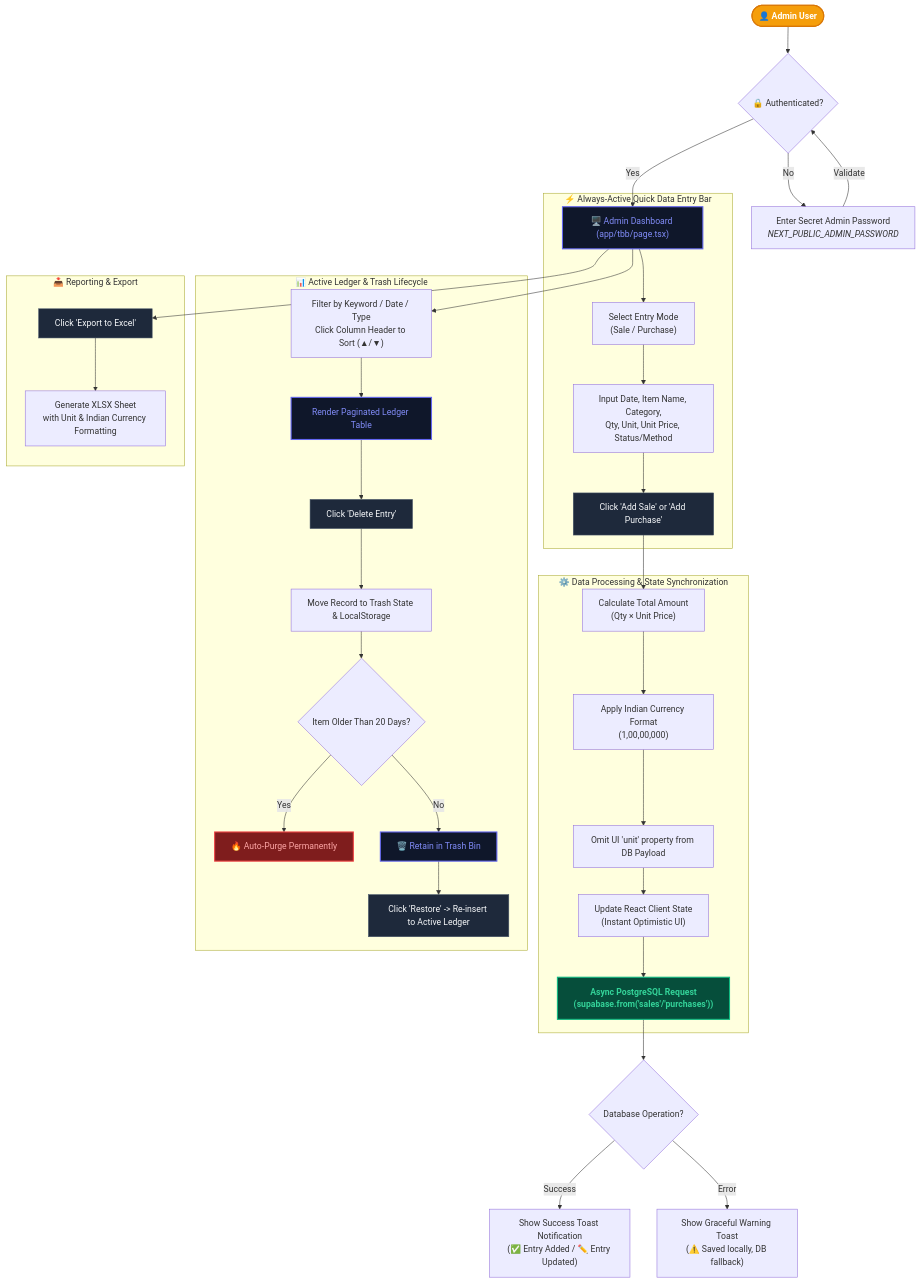
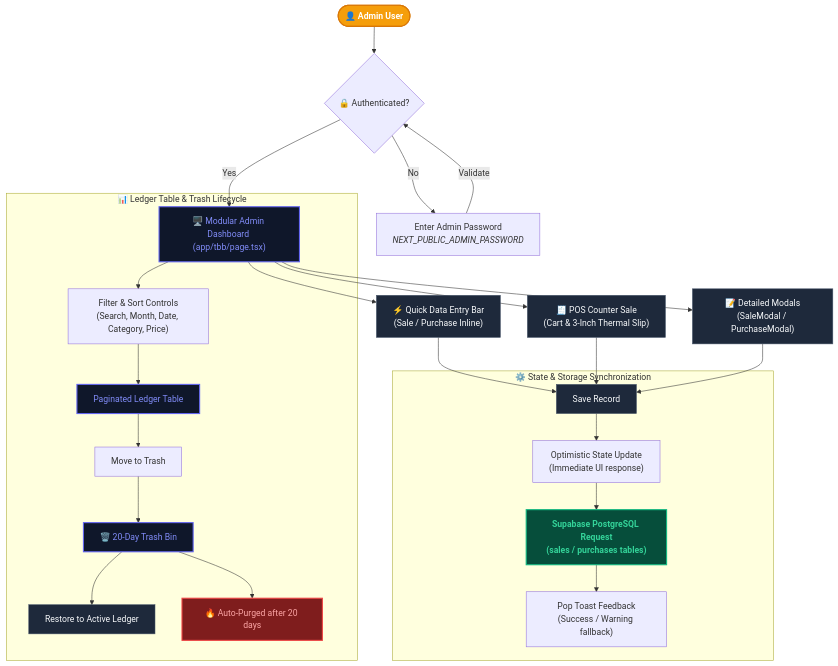
The diagram in README.md (kaileyventures/tbb), drawn with Mermaid before and after one commit. The commit also changed other lines of this file, not shown here.

Commit message:
docs: update README with POS features, thermal printing, and modular architecture details

````diff
--- a/README.md
+++ b/README.md
@@ -65,57 +89,44 @@
 ```mermaid
 flowchart TD
-    %% Styling Definitions
     classDef userNode fill:#F59E0B,stroke:#D97706,stroke-width:2px,color:#FFFFFF,font-weight:bold;
     classDef actionNode fill:#1E293B,stroke:#475569,stroke-width:1px,color:#F8FAFC;
     classDef stateNode fill:#0F172A,stroke:#6366F1,stroke-width:2px,color:#818CF8;
     classDef dbNode fill:#064E3B,stroke:#10B981,stroke-width:2px,color:#34D399,font-weight:bold;
     classDef trashNode fill:#7F1D1D,stroke:#EF4444,stroke-width:2px,color:#FCA5A5;
 
     User(["👤 Admin User"]) --> AuthCheck{"🔒 Authenticated?"}
     
-    AuthCheck -- No --> PasswordScreen["Enter Secret Admin Password<br/><i>NEXT_PUBLIC_ADMIN_PASSWORD</i>"]
+    AuthCheck -- No --> PasswordScreen["Enter Admin Password<br/><i>NEXT_PUBLIC_ADMIN_PASSWORD</i>"]
     PasswordScreen -- Validate --> AuthCheck
 
-    AuthCheck -- Yes --> Dashboard["🖥️ Admin Dashboard (app/tbb/page.tsx)"]
+    AuthCheck -- Yes --> Dashboard["🖥️ Modular Admin Dashboard (app/tbb/page.tsx)"]
     
-    subgraph QuickEntry ["⚡ Always-Active Quick Data Entry Bar"]
-        Dashboard --> ToggleType["Select Entry Mode<br/>(Sale / Purchase)"]
-        ToggleType --> FillFields["Input Date, Item Name, Category,<br/>Qty, Unit, Unit Price, Status/Method"]
-        FillFields --> ClickSave["Click 'Add Sale' or 'Add Purchase'"]
+    Dashboard --> QuickEntry["⚡ Quick Data Entry Bar<br/>(Sale / Purchase Inline)"]
+    Dashboard --> POSModal["🧾 POS Counter Sale<br/>(Cart & 3-Inch Thermal Slip)"]
+    Dashboard --> FullModals["📝 Detailed Modals<br/>(SaleModal / PurchaseModal)"]
+
+    QuickEntry --> SaveAction["Save Record"]
+    POSModal --> SaveAction
+    FullModals --> SaveAction
+
+    subgraph DataSync ["⚙️ State & Storage Synchronization"]
+        SaveAction --> LocalUpdate["Optimistic State Update<br/>(Immediate UI response)"]
+        LocalUpdate --> SupabaseCall["Supabase PostgreSQL Request<br/>(sales / purchases tables)"]
+        SupabaseCall --> ToastNotify["Pop Toast Feedback<br/>(Success / Warning fallback)"]
     end
 
-    subgraph Processing ["⚙️ Data Processing & State Synchronization"]
-        ClickSave --> CalcTotal["Calculate Total Amount<br/>(Qty × Unit Price)"]
-        CalcTotal --> FormatIndian["Apply Indian Currency Format<br/>(1,00,00,000)"]
-        FormatIndian --> OmitUnit["Omit UI 'unit' property from DB Payload"]
-        OmitUnit --> SaveLocal["Update React Client State<br/>(Instant Optimistic UI)"]
-        SaveLocal --> SaveDB["Async PostgreSQL Request<br/>(supabase.from('sales'/'purchases'))"]
-    end
-
-    SaveDB --> DBResponse{"Database Operation?"}
-    DBResponse -- Success --> ToastSuccess["Show Success Toast Notification<br/>(✅ Entry Added / ✏️ Entry Updated)"]
-    DBResponse -- Error --> ToastWarn["Show Graceful Warning Toast<br/>(⚠️ Saved locally, DB fallback)"]
-
-    subgraph LedgerView ["📊 Active Ledger & Trash Lifecycle"]
-        Dashboard --> SortFilter["Filter by Keyword / Date / Type<br/>Click Column Header to Sort (▲/▼)"]
-        SortFilter --> LedgerTable["Render Paginated Ledger Table"]
-        
-        LedgerTable --> ClickDelete["Click 'Delete Entry'"]
-        ClickDelete --> SoftDelete["Move Record to Trash State & LocalStorage"]
-        SoftDelete --> AutoPurge{"Item Older Than 20 Days?"}
-        AutoPurge -- Yes --> EraseEntry["🔥 Auto-Purge Permanently"]
-        AutoPurge -- No --> TrashBin["🗑️ Retain in Trash Bin"]
-        TrashBin --> Restore["Click 'Restore' -> Re-insert to Active Ledger"]
-    end
-
-    subgraph ExportSection ["📥 Reporting & Export"]
-        Dashboard --> ClickExport["Click 'Export to Excel'"]
-        ClickExport --> ExcelGen["Generate XLSX Sheet<br/>with Unit & Indian Currency Formatting"]
+    subgraph LedgerView ["📊 Ledger Table & Trash Lifecycle"]
+        Dashboard --> Filters["Filter & Sort Controls<br/>(Search, Month, Date, Category, Price)"]
+        Filters --> Table["Paginated Ledger Table"]
+        Table --> MoveTrash["Move to Trash"]
+        MoveTrash --> TrashBin["🗑️ 20-Day Trash Bin"]
+        TrashBin --> RestoreItem["Restore to Active Ledger"]
+        TrashBin --> AutoPurge["🔥 Auto-Purged after 20 days"]
     end
 
     class User userNode;
-    class ClickSave,ClickDelete,ClickExport,Restore actionNode;
-    class Dashboard,LedgerTable,TrashBin stateNode;
-    class SaveDB dbNode;
-    class EraseEntry trashNode;
+    class QuickEntry,POSModal,FullModals,SaveAction,RestoreItem actionNode;
+    class Dashboard,Table,TrashBin stateNode;
+    class SupabaseCall dbNode;
+    class AutoPurge trashNode;
 ```
````
